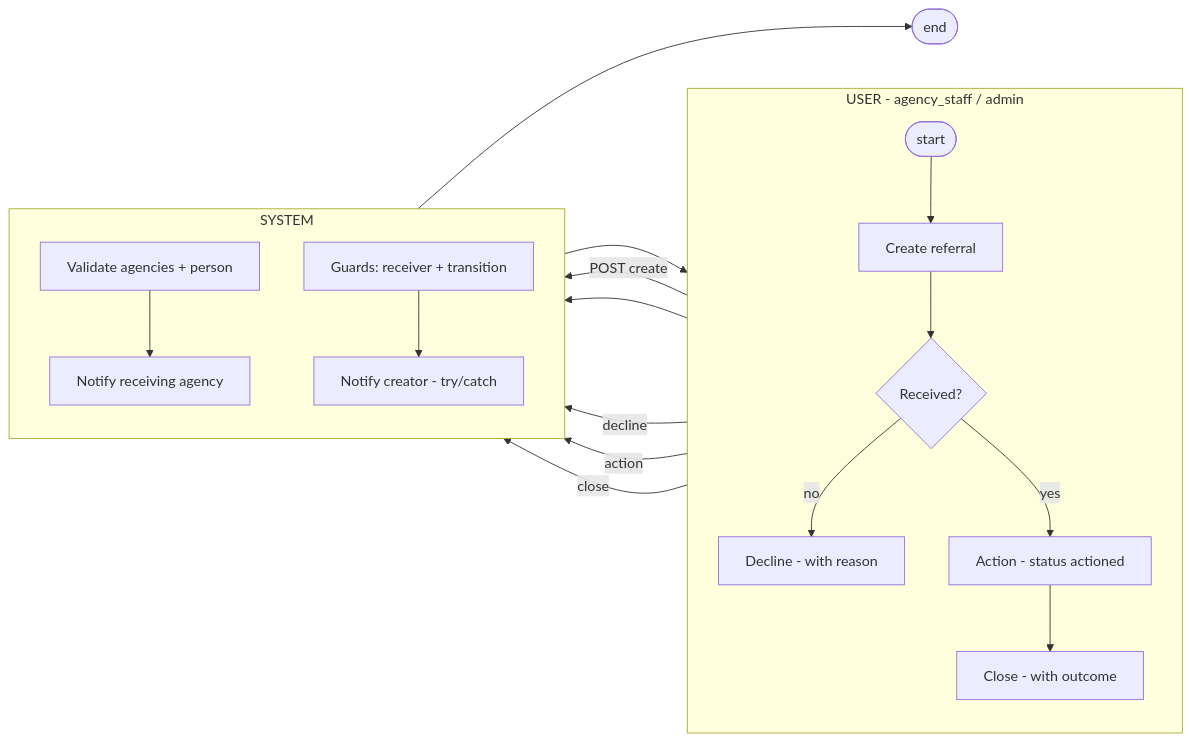
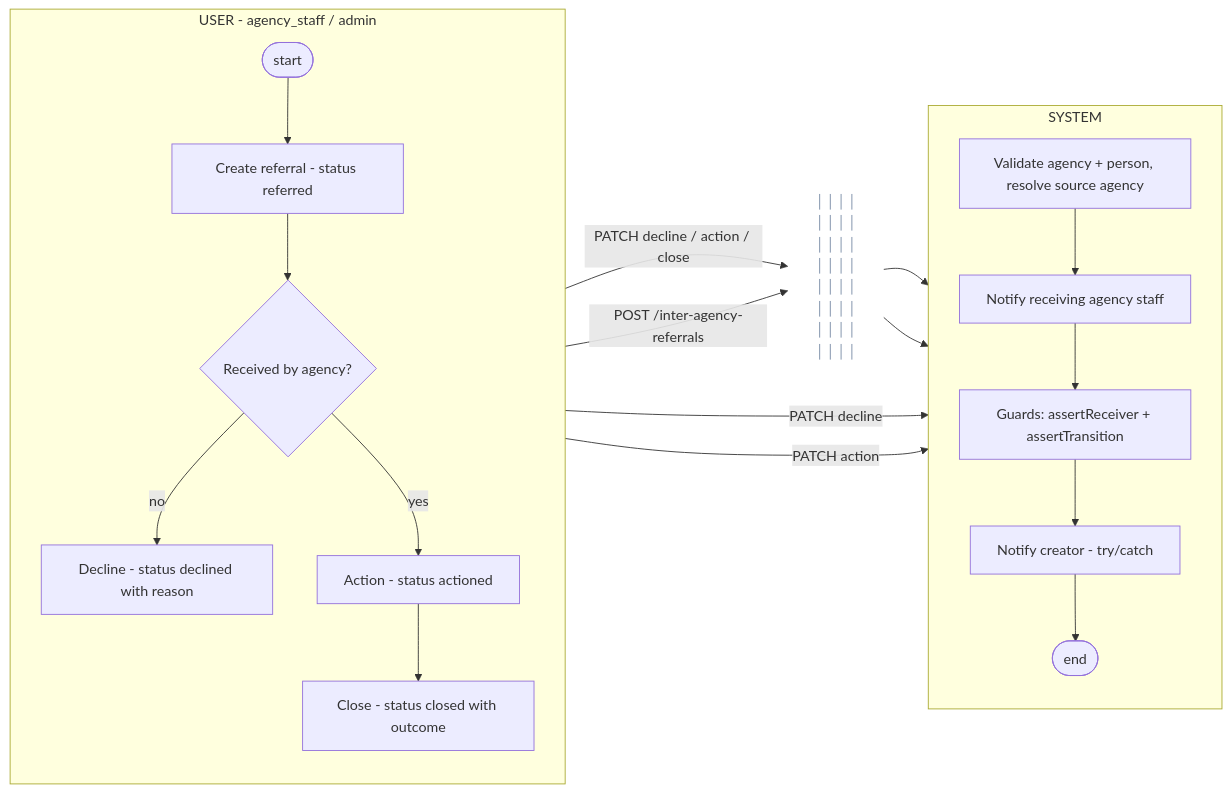
The fourth of 12 diagrams in docs/diagrams/04-1-activity-diagram.md (urlsalimbot/THESIS1-KAPWA), drawn with Mermaid before and after one commit. The commit also changed other lines of this file, not shown here.

Commit message:
docs: add vertical divider line between user and system lanes in activity diagrams

````diff
--- a/docs/diagrams/04-1-activity-diagram.md
+++ b/docs/diagrams/04-1-activity-diagram.md
@@ -146,27 +147,25 @@
 ```mermaid
 flowchart LR
     subgraph U["USER - agency_staff / admin"]
         direction TB
-        A([start]) --> B[Create referral]
-        B --> C{Received?}
-        C -- no --> D[Decline - with reason]
+        A([start]) --> B[Create referral - status referred]
+        B --> C{Received by agency?}
+        C -- no --> D[Decline - status declined with reason]
         C -- yes --> E[Action - status actioned]
-        E --> F[Close - with outcome]
+        E --> F[Close - status closed with outcome]
     end
     subgraph S["SYSTEM"]
         direction TB
-        G[Validate agencies + person]
-        H[Notify receiving agency]
-        I[Guards: receiver + transition]
-        J[Notify creator - try/catch]
+        G[Validate agency + person, resolve source agency]
+        G --> H[Notify receiving agency staff]
+        H --> I[Guards: assertReceiver + assertTransition]
+        I --> J[Notify creator - try/catch]
+        J --> K([end])
     end
-    B -->|"POST create"| G
-    G --> H
-    H --> C
-    C --> I
-    D -->|"decline"| I
-    E -->|"action"| I
-    F -->|"close"| I
-    I --> J
-    J --> K([end])
+    DIV["││││<br/>││││<br/>││││<br/>││││<br/>││││<br/>││││<br/>││││<br/>││││"]
+    F -->|"PATCH decline / action / close"| DIV --> I
+    B -->|"POST /inter-agency-referrals"| DIV --> G
+    D -->|"PATCH decline"| I
+    E -->|"PATCH action"| I
+    style DIV fill:none,stroke:none,color:#94a3b8,font-size:16px,font-weight:bold
 ```
````
